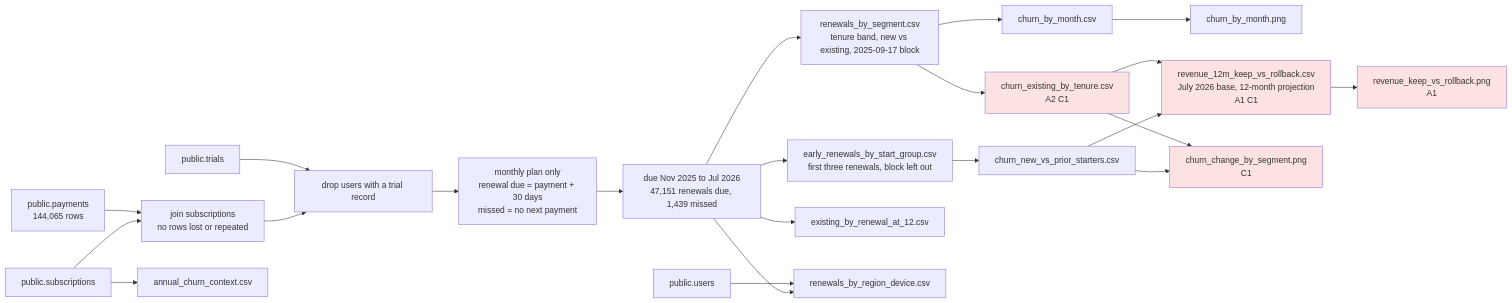
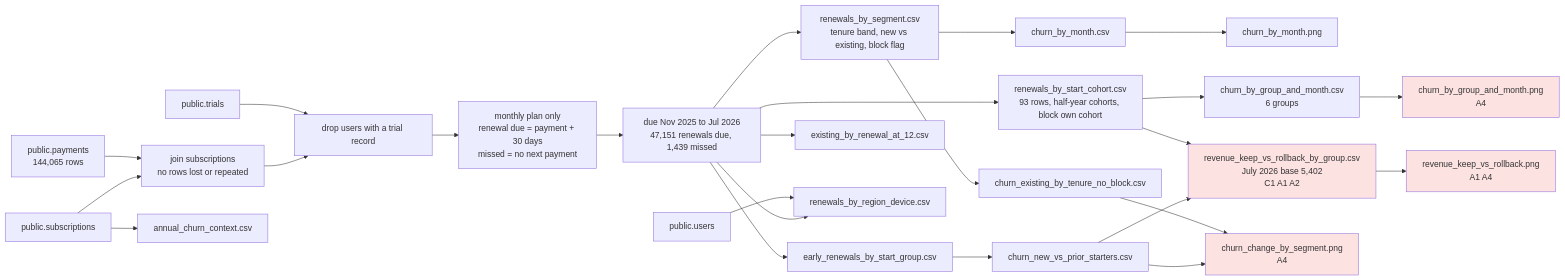
The diagram in outputs/2026-11-17_price-rise-rollback/review.md (maakadam/ai-analyst), drawn with Mermaid before and after one commit. The commit also changed other lines of this file, not shown here.

````diff
--- a/outputs/2026-11-17_price-rise-rollback/review.md
+++ b/outputs/2026-11-17_price-rise-rollback/review.md
@@ -7,27 +7,29 @@
 ```mermaid
 flowchart LR
   P[public.payments<br/>144,065 rows] --> J[join subscriptions<br/>no rows lost or repeated]
   S[public.subscriptions] --> J
   T[public.trials] --> X[drop users with a trial record]
   J --> X --> M[monthly plan only<br/>renewal due = payment + 30 days<br/>missed = no next payment]
   M --> W[due Nov 2025 to Jul 2026<br/>47,151 renewals due, 1,439 missed]
-  W --> RS[renewals_by_segment.csv<br/>tenure band, new vs existing, 2025-09-17 block]
-  W --> EA[early_renewals_by_start_group.csv<br/>first three renewals, block left out]
+  W --> RS[renewals_by_segment.csv<br/>tenure band, new vs existing, block flag]
+  W --> CO[renewals_by_start_cohort.csv<br/>93 rows, half-year cohorts, block own cohort]
+  W --> EA[early_renewals_by_start_group.csv]
   W --> AT[existing_by_renewal_at_12.csv]
   U[public.users] --> RD[renewals_by_region_device.csv]
   W --> RD
   S --> AN[annual_churn_context.csv]
-  RS --> TB[churn_existing_by_tenure.csv<br/>A2 C1]
+  RS --> TB[churn_existing_by_tenure_no_block.csv]
   RS --> CM[churn_by_month.csv] --> CH1[churn_by_month.png]
   EA --> NV[churn_new_vs_prior_starters.csv]
-  TB --> MO[revenue_12m_keep_vs_rollback.csv<br/>July 2026 base, 12-month projection<br/>A1 C1]
+  CO --> GM[churn_by_group_and_month.csv<br/>6 groups] --> CH4[churn_by_group_and_month.png<br/>A4]
+  CO --> MO[revenue_keep_vs_rollback_by_group.csv<br/>July 2026 base 5,402<br/>C1 A1 A2]
   NV --> MO
-  TB --> CH2[churn_change_by_segment.png<br/>C1]
+  TB --> CH2[churn_change_by_segment.png<br/>A4]
   NV --> CH2
-  MO --> CH3[revenue_keep_vs_rollback.png<br/>A1]
-  TB:::issue
+  MO --> CH3[revenue_keep_vs_rollback.png<br/>A1 A4]
   MO:::issue
+  CH3:::issue
+  CH4:::issue
   CH2:::issue
-  CH3:::issue
   classDef issue fill:#fde2e2
 ```
````
